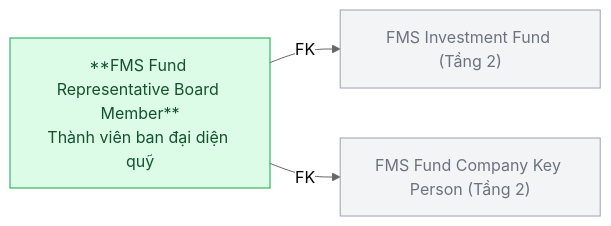
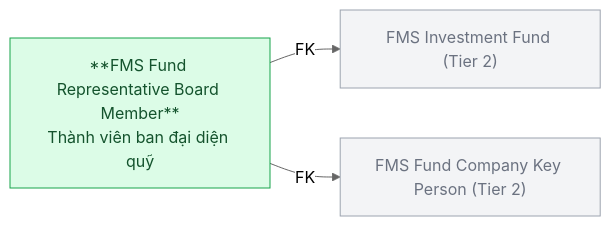
The fourth of 12 diagrams in Silver/hld/FMS_HLD_Tier3.md (linhlvit/ubck_atomic_design), drawn with Mermaid (neutral theme) before and after one commit. The commit also changed other lines of this file and 111 other files, not shown here.

````diff
--- a/Silver/hld/FMS_HLD_Tier3.md
+++ b/Silver/hld/FMS_HLD_Tier3.md
@@ -111,12 +105,12 @@
 ```mermaid
 graph LR
     classDef silver fill:#dcfce7,stroke:#16a34a,color:#14532d
     classDef refnode fill:#f3f4f6,stroke:#9ca3af,color:#6b7280
 
-    FUND["FMS Investment Fund (Tầng 2)"]:::refnode
-    KP["FMS Fund Company Key Person (Tầng 2)"]:::refnode
+    FUND["FMS Investment Fund (Tier 2)"]:::refnode
+    KP["FMS Fund Company Key Person (Tier 2)"]:::refnode
     REP["**FMS Fund Representative Board Member**\nThành viên ban đại diện quỹ"]:::silver
 
     REP -->|FK| FUND
     REP -->|FK| KP
 ```
````
